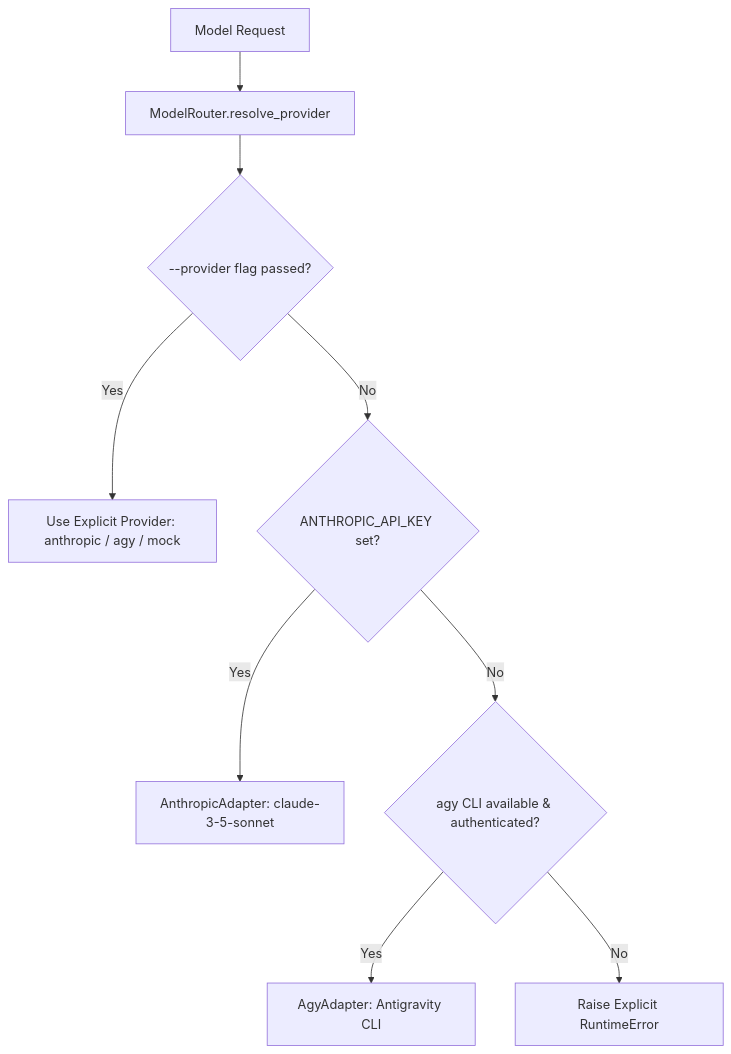
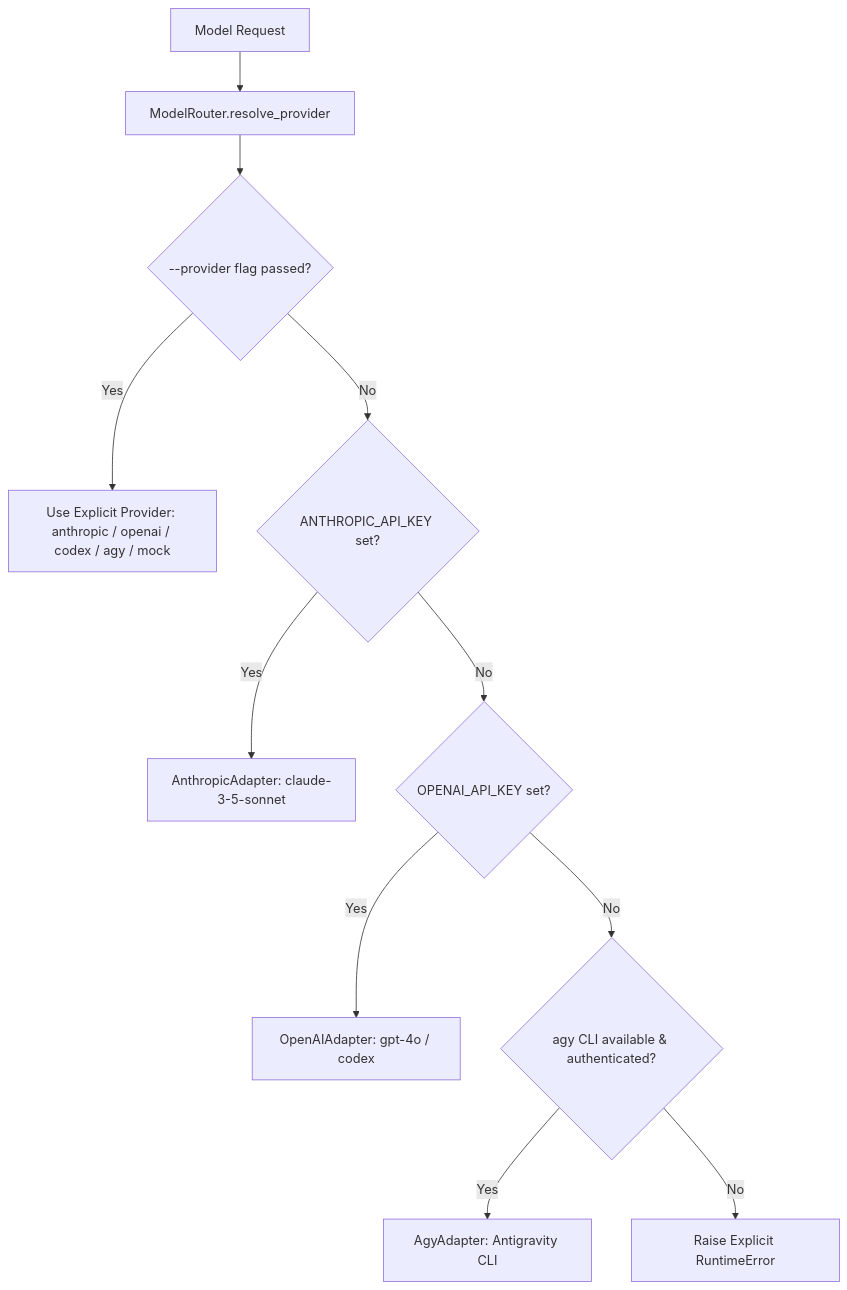
The second of 3 diagrams in notes/orchestration.md (Chaitanya1130/Ai-Developement-Cycle), drawn with Mermaid before and after one commit. The commit also changed other lines of this file and 6 other files, not shown here.

````diff
--- a/notes/orchestration.md
+++ b/notes/orchestration.md
@@ -234,11 +234,13 @@
 ```mermaid
 flowchart TD
     Req[Model Request] --> Router[ModelRouter.resolve_provider]
     Router --> CheckOverride{--provider flag passed?}
-    CheckOverride -- Yes --> UseFlag[Use Explicit Provider: anthropic / agy / mock]
+    CheckOverride -- Yes --> UseFlag[Use Explicit Provider: anthropic / openai / codex / agy / mock]
     CheckOverride -- No --> CheckAnthropic{ANTHROPIC_API_KEY set?}
     CheckAnthropic -- Yes --> UseAnthropic[AnthropicAdapter: claude-3-5-sonnet]
-    CheckAnthropic -- No --> CheckAgy{agy CLI available & authenticated?}
+    CheckAnthropic -- No --> CheckOpenAI{OPENAI_API_KEY set?}
+    CheckOpenAI -- Yes --> UseOpenAI[OpenAIAdapter: gpt-4o / codex]
+    CheckOpenAI -- No --> CheckAgy{agy CLI available & authenticated?}
     CheckAgy -- Yes --> UseAgy[AgyAdapter: Antigravity CLI]
     CheckAgy -- No --> Fail[Raise Explicit RuntimeError]
 ```
````
